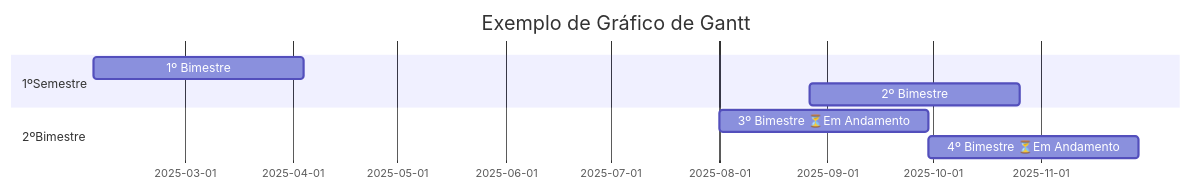
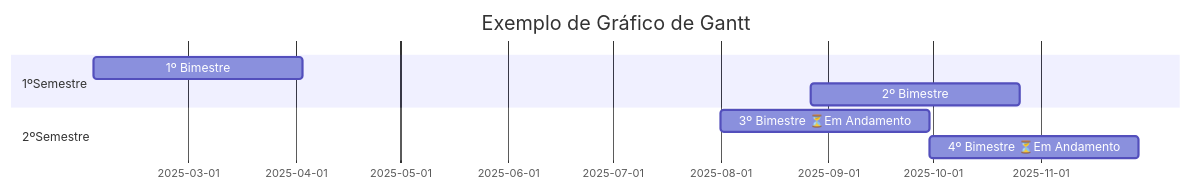
One commit to TheLimaLeo/grafico_de_Gantt changed the third of 3 diagrams in README.md. Above: the diagram before and after it, drawn with Mermaid.

````diff
--- a/README.md
+++ b/README.md
@@ -17,12 +17,12 @@
 ```mermaid
 gantt
   title Exemplo de Gráfico de Gantt
 dateFormat YYYY-MM-DD
 section 1ºSemestre
-1º Bimestre: ✅Finalizado: a1, 2025-02-03, 60d
+1º Bimestre: ✅Finalizado: a1, 2025-02-02, 60d
 2º Bimestre: ✅Finalizado: a2, after a1, 60d
-section 2ºBimestre
+section 2ºSemestre
 3º Bimestre ⏳Em Andamento: a3, 2025-08-01, 60d
 4º Bimestre ⏳Em Andamento: a4, after a3, 60d
 
 ```
````
